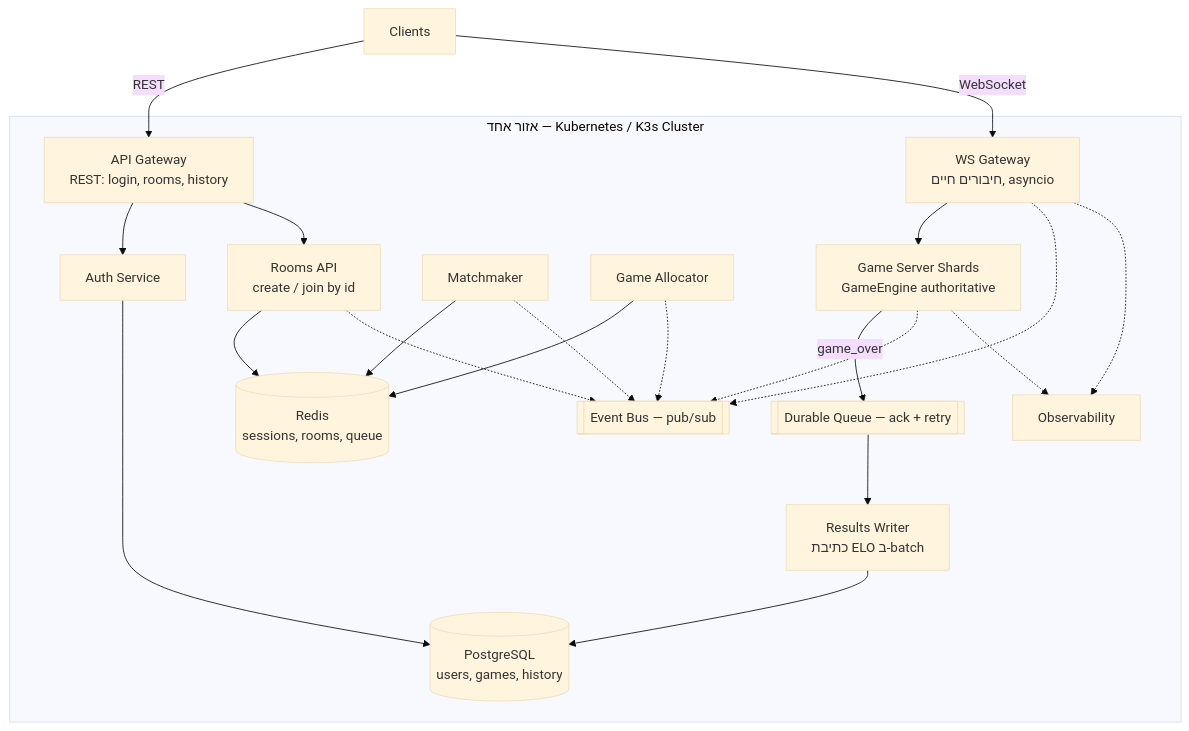
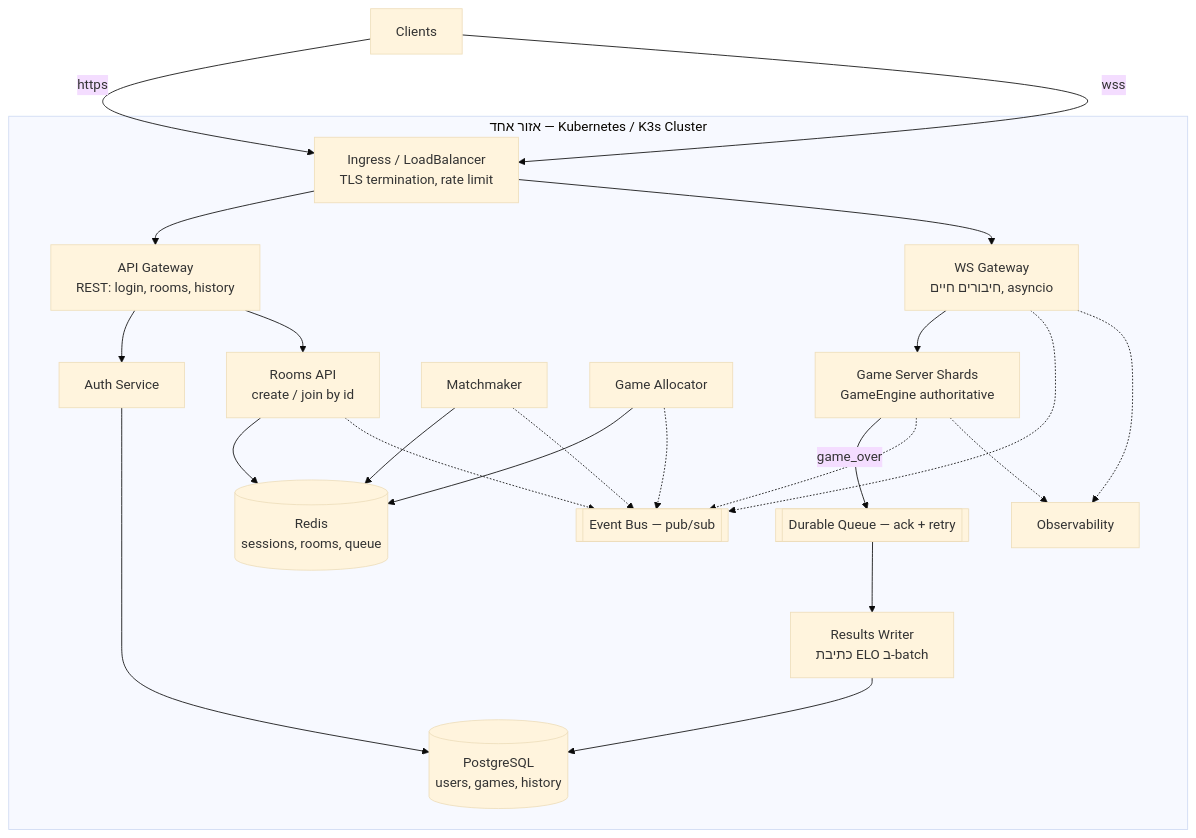
One commit to lea-zukerman/KF-Chess changed the diagram in Server_Design.md. Above: the diagram before and after it, drawn with Mermaid (base theme). The commit also changed other lines of this file, not shown here.

First line of the commit message:
Server_Design: add the Ingress as a component

````diff
--- a/Server_Design.md
+++ b/Server_Design.md
@@ -113,41 +113,44 @@
 ```mermaid
 flowchart TB
     C[Clients]
 
     subgraph region["אזור אחד — Kubernetes / K3s Cluster"]
+        ING[Ingress / LoadBalancer<br/>TLS termination, rate limit]
         API[API Gateway<br/>REST: login, rooms, history]
         WS[WS Gateway<br/>חיבורים חיים, asyncio]
         AUTH[Auth Service]
         ROOMS[Rooms API<br/>create / join by id]
         MM[Matchmaker]
         ALLOC[Game Allocator]
         BUS[[Event Bus — pub/sub]]
         MQ[[Durable Queue — ack + retry]]
         SHARDS[Game Server Shards<br/>GameEngine authoritative]
         RW[Results Writer<br/>כתיבת ELO ב-batch]
         PG[(PostgreSQL<br/>users, games, history)]
         RD[(Redis<br/>sessions, rooms, queue)]
         OBS[Observability]
     end
 
-    C -->|REST| API
-    C -->|WebSocket| WS
+    C -->|https| ING
+    C -->|wss| ING
+    ING --> API
+    ING --> WS
     API --> AUTH
     API --> ROOMS
     AUTH --> PG
     ROOMS --> RD
     WS --> SHARDS
     SHARDS -->|game_over| MQ
     MQ --> RW
     RW --> PG
     MM --> RD
     ALLOC --> RD
 
     WS -.-> BUS
     MM -.-> BUS
     ALLOC -.-> BUS
     ROOMS -.-> BUS
     SHARDS -.-> BUS
     SHARDS -.-> OBS
     WS -.-> OBS
 ```
````
